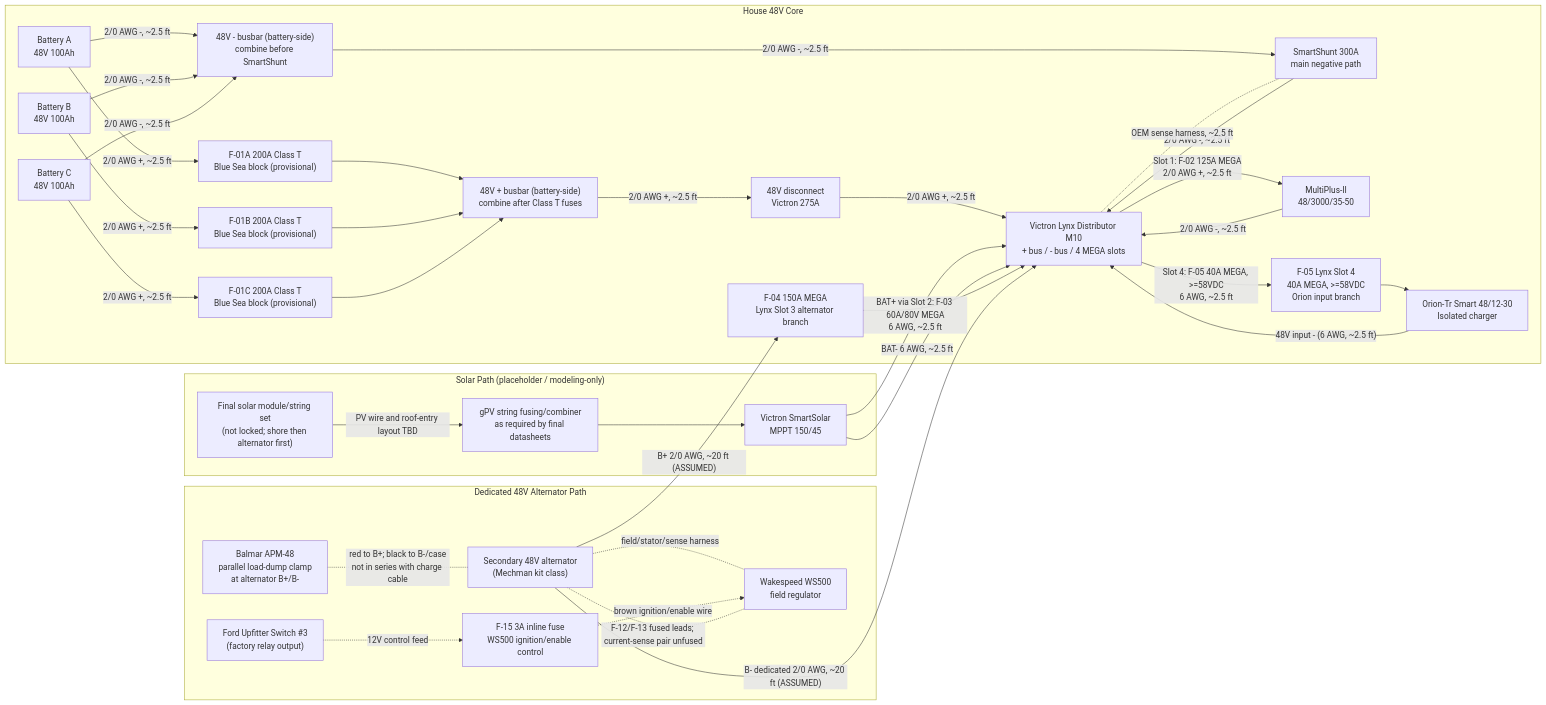
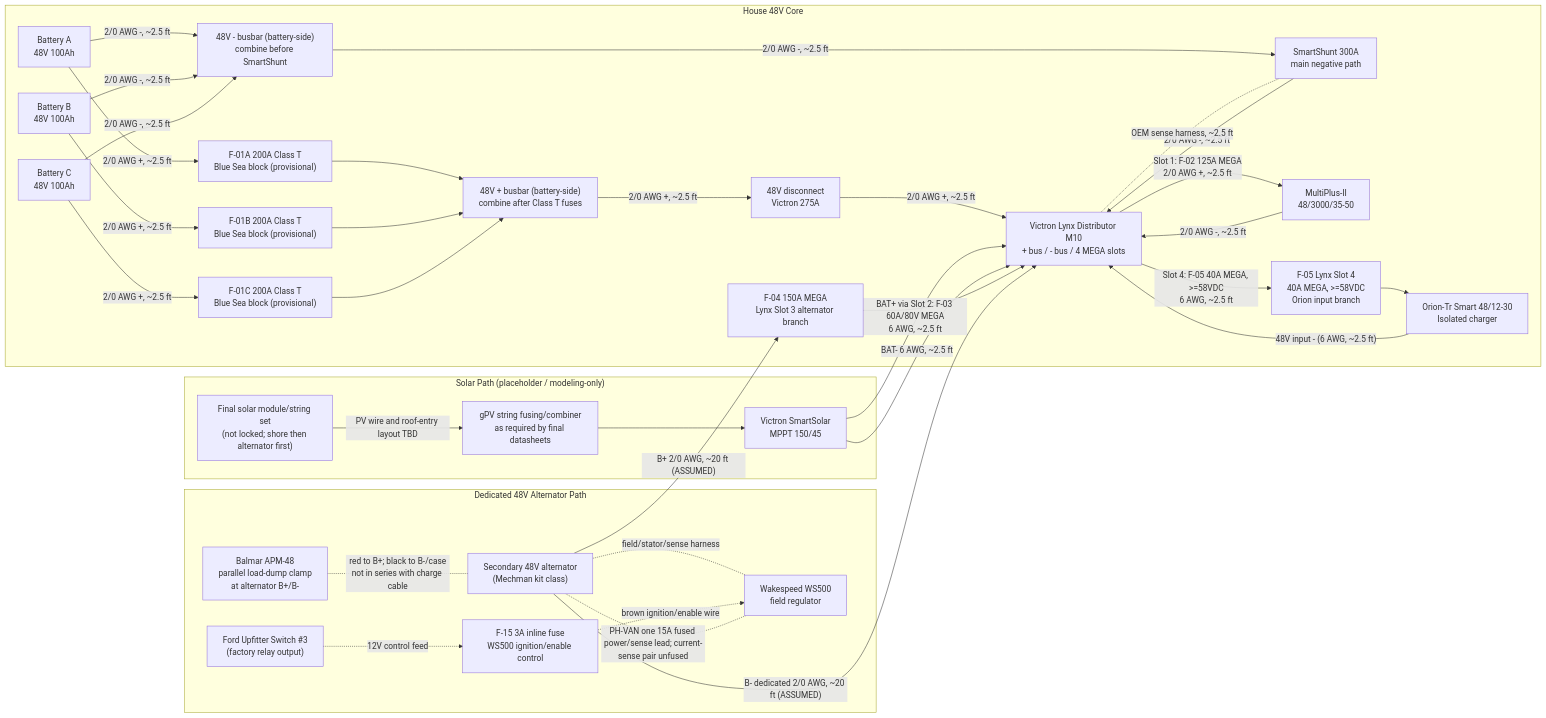
One commit to DataDaneDev/HiatusBuild changed the first of 4 diagrams in docs/implementation/ELECTRICAL_overview_diagram.md. Above: the diagram before and after it, drawn with Mermaid. The commit also changed other lines of this file and 26 other files, not shown here.

````diff
--- a/docs/implementation/ELECTRICAL_overview_diagram.md
+++ b/docs/implementation/ELECTRICAL_overview_diagram.md
@@ -86,64 +86,64 @@
 ```mermaid
 flowchart LR
     subgraph VEH_ALT48["Dedicated 48V Alternator Path"]
         ALT48["Secondary 48V alternator\n(Mechman kit class)"]
         WS500["Wakespeed WS500\nfield regulator"]
         APM48["Balmar APM-48\nparallel load-dump clamp\nat alternator B+/B-"]
         UP3["Ford Upfitter Switch #3\n(factory relay output)"]
         F15["F-15 3A inline fuse\nWS500 ignition/enable control"]
         ALT48 -. "field/stator/sense harness" .- WS500
-        WS500 -. "F-12/F-13 fused leads; current-sense pair unfused" .- ALT48
+        WS500 -. "PH-VAN one 15A fused power/sense lead; current-sense pair unfused" .- ALT48
         UP3 -. "12V control feed" .-> F15 -. "brown ignition/enable wire" .-> WS500
     end
 
     subgraph PV_PATH["Solar Path (placeholder / modeling-only)"]
         PVFINAL["Final solar module/string set\n(not locked; shore then alternator first)"]
         F09X["gPV string fusing/combiner\nas required by final datasheets"]
         MPPT["Victron SmartSolar\nMPPT 150/45"]
         PVFINAL -- "PV wire and roof-entry layout TBD" --> F09X --> MPPT
     end
 
     subgraph HOUSE_48V["House 48V Core"]
         BATA["Battery A\n48V 100Ah"]
         BATB["Battery B\n48V 100Ah"]
         BATC["Battery C\n48V 100Ah"]
         F01A["F-01A 200A Class T\nBlue Sea block (provisional)"]
         F01B["F-01B 200A Class T\nBlue Sea block (provisional)"]
         F01C["F-01C 200A Class T\nBlue Sea block (provisional)"]
         POSBUS["48V + busbar (battery-side)\ncombine after Class T fuses"]
         NEGBUS["48V - busbar (battery-side)\ncombine before SmartShunt"]
         DISC["48V disconnect\nVictron 275A"]
         SHUNT["SmartShunt 300A\nmain negative path"]
         LYNX["Victron Lynx Distributor M10\n+ bus / - bus / 4 MEGA slots"]
         F04["F-04 150A MEGA\nLynx Slot 3 alternator branch"]
         MULTI["MultiPlus-II\n48/3000/35-50"]
         ORION["Orion-Tr Smart 48/12-30\nIsolated charger"]
         F05["F-05 Lynx Slot 4\n40A MEGA, >=58VDC\nOrion input branch"]
     end
 
     BATA -- "2/0 AWG +, ~2.5 ft" --> F01A --> POSBUS
     BATB -- "2/0 AWG +, ~2.5 ft" --> F01B --> POSBUS
     BATC -- "2/0 AWG +, ~2.5 ft" --> F01C --> POSBUS
     POSBUS -- "2/0 AWG +, ~2.5 ft" --> DISC
     DISC -- "2/0 AWG +, ~2.5 ft" --> LYNX
 
     BATA -- "2/0 AWG -, ~2.5 ft" --> NEGBUS
     BATB -- "2/0 AWG -, ~2.5 ft" --> NEGBUS
     BATC -- "2/0 AWG -, ~2.5 ft" --> NEGBUS
     NEGBUS -- "2/0 AWG -, ~2.5 ft" --> SHUNT
     SHUNT -- "2/0 AWG -, ~2.5 ft" --> LYNX
     LYNX -. "OEM sense harness, ~2.5 ft" .- SHUNT
 
     LYNX -- "Slot 1: F-02 125A MEGA\n2/0 AWG +, ~2.5 ft" --> MULTI
     MULTI -- "2/0 AWG -, ~2.5 ft" --> LYNX
 
     MPPT -- "BAT+ via Slot 2: F-03 60A/80V MEGA\n6 AWG, ~2.5 ft" --> LYNX
     MPPT -- "BAT- 6 AWG, ~2.5 ft" --> LYNX
 
     ALT48 -- "B+ 2/0 AWG, ~20 ft (ASSUMED)" --> F04 --> LYNX
     APM48 -. "red to B+; black to B-/case\nnot in series with charge cable" .- ALT48
     ALT48 -- "B- dedicated 2/0 AWG, ~20 ft (ASSUMED)" --> LYNX
 
     LYNX -- "Slot 4: F-05 40A MEGA, >=58VDC\n6 AWG, ~2.5 ft" --> F05 --> ORION
     ORION -- "48V input - (6 AWG, ~2.5 ft)" --> LYNX
 ```
````
